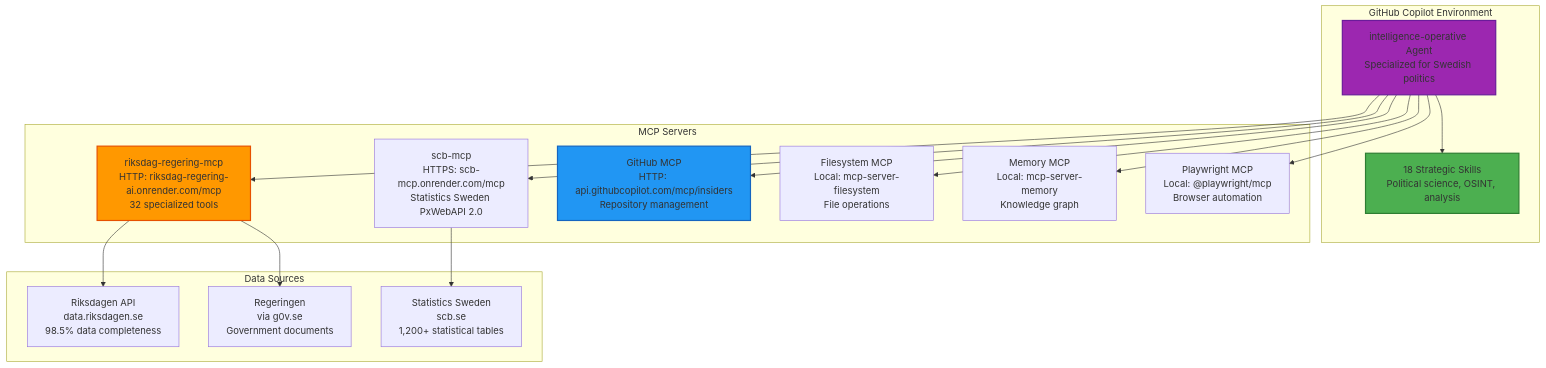
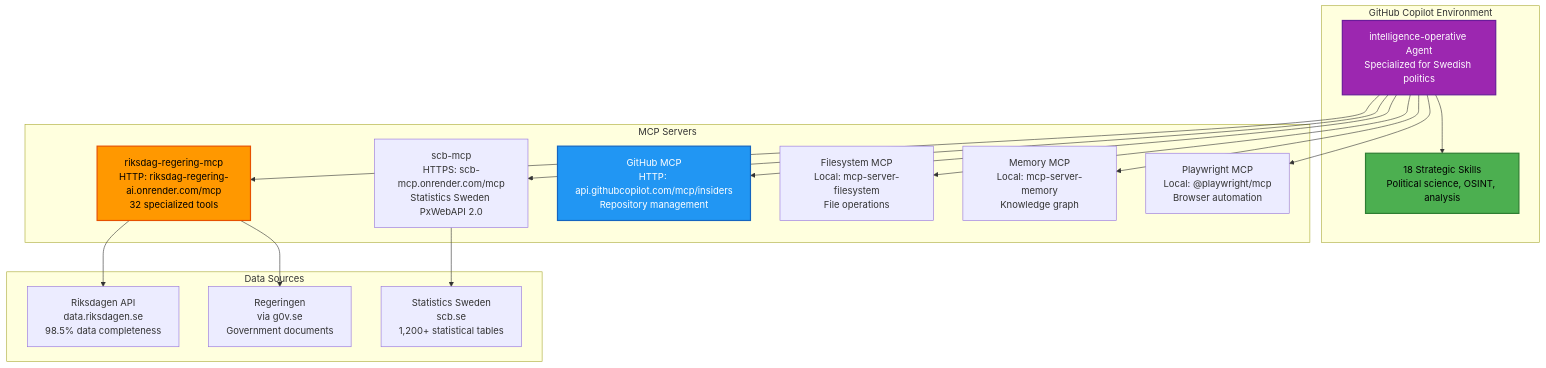
One commit to Hack23/riksdagsmonitor changed diagram 16 of 16 in ARCHITECTURE.md. Above: the diagram before and after it, drawn with Mermaid. The commit also changed other lines of this file and 11 other files, not shown here.

First line of the commit message:
Fix broken mermaid diagrams: SWOT gantt, quadrantChart theming, init quotes, text colors

````diff
--- a/ARCHITECTURE.md
+++ b/ARCHITECTURE.md
@@ -1547,39 +1547,39 @@
 ```mermaid
 graph TB
     subgraph "GitHub Copilot Environment"
         Agent[intelligence-operative Agent<br/>Specialized for Swedish politics]
         Skills[18 Strategic Skills<br/>Political science, OSINT, analysis]
     end
     
     subgraph "MCP Servers"
         RR[riksdag-regering-mcp<br/>HTTP: riksdag-regering-ai.onrender.com/mcp<br/>32 specialized tools]
         SCB[scb-mcp<br/>HTTPS: scb-mcp.onrender.com/mcp<br/>Statistics Sweden PxWebAPI 2.0]
         GH[GitHub MCP<br/>HTTP: api.githubcopilot.com/mcp/insiders<br/>Repository management]
         FS[Filesystem MCP<br/>Local: mcp-server-filesystem<br/>File operations]
         Mem[Memory MCP<br/>Local: mcp-server-memory<br/>Knowledge graph]
         PW[Playwright MCP<br/>Local: @playwright/mcp<br/>Browser automation]
     end
     
     subgraph "Data Sources"
         Riksdag[Riksdagen API<br/>data.riksdagen.se<br/>98.5% data completeness]
         Regering[Regeringen<br/>via g0v.se<br/>Government documents]
         SCBData[Statistics Sweden<br/>scb.se<br/>1,200+ statistical tables]
     end
     
     Agent --> Skills
     Agent --> RR
     Agent --> SCB
     Agent --> GH
     Agent --> FS
     Agent --> Mem
     Agent --> PW
     
     RR --> Riksdag
     RR --> Regering
     SCB --> SCBData
     
-    style Agent fill:#9c27b0,stroke:#6a1b9a,stroke-width:2px
-    style Skills fill:#4caf50,stroke:#2e7d32,stroke-width:2px
-    style RR fill:#ff9800,stroke:#e65100,stroke-width:2px
-    style GH fill:#2196f3,stroke:#1565c0,stroke-width:2px
+    style Agent fill:#9c27b0,stroke:#6a1b9a,stroke-width:2px,color:#ffffff
+    style Skills fill:#4caf50,stroke:#2e7d32,stroke-width:2px,color:#000000
+    style RR fill:#ff9800,stroke:#e65100,stroke-width:2px,color:#000000
+    style GH fill:#2196f3,stroke:#1565c0,stroke-width:2px,color:#ffffff
 ```
````
